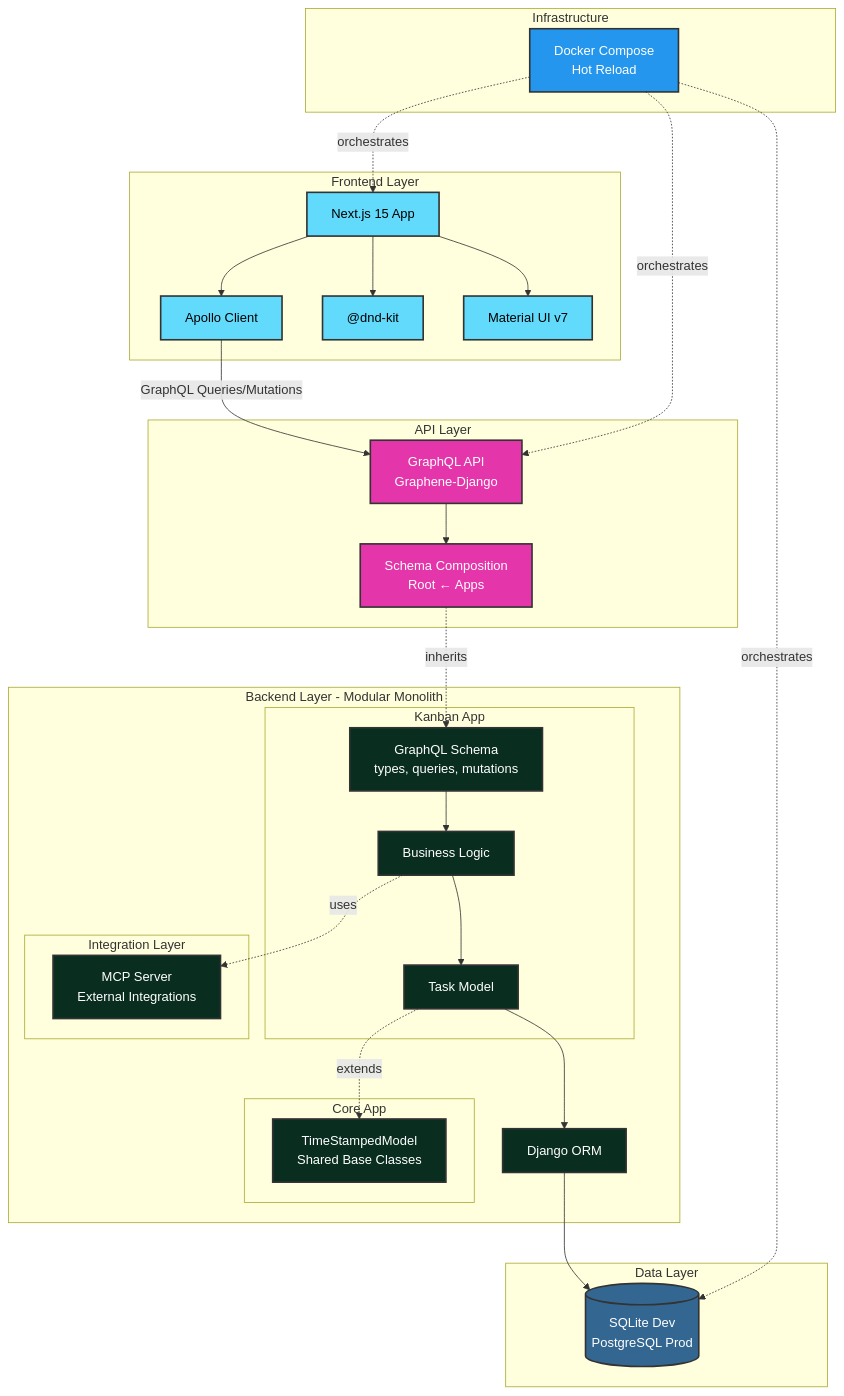
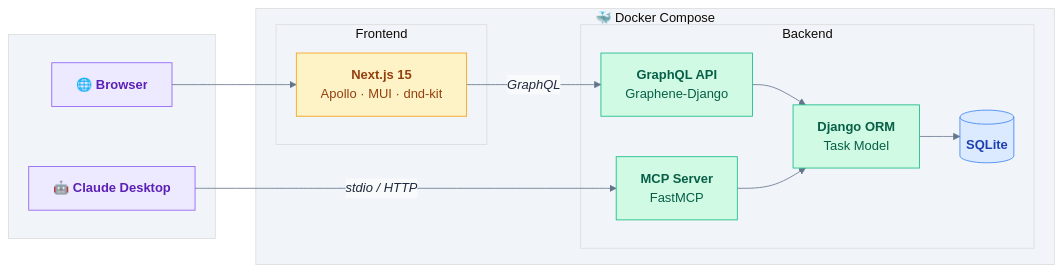
Before and after one commit to ggustin93/nextjs-django-kanban-mcp: the diagram in README.md, drawn with Mermaid. The commit also changed other lines of this file and 9 other files, not shown here.

````diff
--- a/README.md
+++ b/README.md
@@ -203,75 +168,36 @@
 ```mermaid
-graph TB
-    subgraph "Frontend Layer"
-        UI[Next.js 15 App]
-        Apollo[Apollo Client]
-        DnD["@dnd-kit"]
-        MUI[Material UI v7]
-
-        UI --> Apollo
-        UI --> DnD
-        UI --> MUI
+%%{init: {'theme': 'base', 'themeVariables': { 'primaryColor': '#fff', 'primaryTextColor': '#1e293b', 'primaryBorderColor': '#e2e8f0', 'lineColor': '#64748b', 'secondaryColor': '#f8fafc', 'tertiaryColor': '#f1f5f9'}}}%%
+graph LR
+    subgraph Clients[" "]
+        Browser["🌐 <b>Browser</b>"]
+        Claude["🤖 <b>Claude Desktop</b>"]
     end
 
-    subgraph "API Layer"
-        GraphQL[GraphQL API<br/>Graphene-Django]
-        Schema[Schema Composition<br/>Root ← Apps]
+    subgraph Docker["🐳 Docker Compose"]
+        subgraph FE["Frontend"]
+            Next["<b>Next.js 15</b><br/>Apollo · MUI · dnd-kit"]
+        end
+
+        subgraph BE["Backend"]
+            GraphQL["<b>GraphQL API</b><br/>Graphene-Django"]
+            MCP["<b>MCP Server</b><br/>FastMCP"]
+            ORM["<b>Django ORM</b><br/>Task Model"]
+            DB[("<b>SQLite</b>")]
+        end
     end
 
-    subgraph "Backend Layer - Modular Monolith"
-        subgraph "Core App"
-            CoreModels[TimeStampedModel<br/>Shared Base Classes]
-        end
-
-        subgraph "Kanban App"
-            KanbanSchema[GraphQL Schema<br/>types, queries, mutations]
-            KanbanModels[Task Model]
-            KanbanLogic[Business Logic]
-        end
-
-        subgraph "Integration Layer"
-            MCP[MCP Server<br/>External Integrations]
-        end
-
-        ORM[Django ORM]
-    end
-
-    subgraph "Data Layer"
-        DB[(SQLite Dev<br/>PostgreSQL Prod)]
-    end
-
-    subgraph "Infrastructure"
-        Docker[Docker Compose<br/>Hot Reload]
-    end
-
-    %% Data Flow
-    Apollo -->|GraphQL Queries/Mutations| GraphQL
-    GraphQL --> Schema
-    Schema -.inherits.-> KanbanSchema
-    KanbanSchema --> KanbanLogic
-    KanbanLogic --> KanbanModels
-    KanbanModels -.extends.-> CoreModels
-    KanbanModels --> ORM
+    Browser --> Next
+    Next -->|"<i>GraphQL</i>"| GraphQL
+    Claude -->|"<i>stdio / HTTP</i>"| MCP
+    GraphQL --> ORM
+    MCP --> ORM
     ORM --> DB
 
-    %% Integration Flow
-    KanbanLogic -.uses.-> MCP
-
-    %% Infrastructure
-    Docker -.orchestrates.-> UI
-    Docker -.orchestrates.-> GraphQL
-    Docker -.orchestrates.-> DB
-
-    %% Styling
-    classDef frontend fill:#61dafb,stroke:#333,stroke-width:2px,color:#000
-    classDef api fill:#e535ab,stroke:#333,stroke-width:2px,color:#fff
-    classDef backend fill:#092e20,stroke:#333,stroke-width:2px,color:#fff
-    classDef data fill:#336791,stroke:#333,stroke-width:2px,color:#fff
-    classDef infra fill:#2496ed,stroke:#333,stroke-width:2px,color:#fff
-
-    class UI,Apollo,DnD,MUI frontend
-    class GraphQL,Schema api
-    class CoreModels,KanbanSchema,KanbanModels,KanbanLogic,MCP,ORM backend
-    class DB data
-    class Docker infra
+    style Browser fill:#ede9fe,stroke:#8b5cf6,color:#5b21b6
+    style Claude fill:#ede9fe,stroke:#8b5cf6,color:#5b21b6
+    style Next fill:#fef3c7,stroke:#f59e0b,color:#92400e
+    style GraphQL fill:#d1fae5,stroke:#10b981,color:#065f46
+    style MCP fill:#d1fae5,stroke:#10b981,color:#065f46
+    style ORM fill:#d1fae5,stroke:#10b981,color:#065f46
+    style DB fill:#dbeafe,stroke:#3b82f6,color:#1e40af
 ```
````
